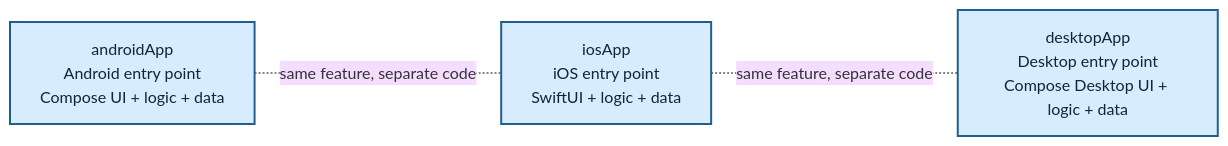
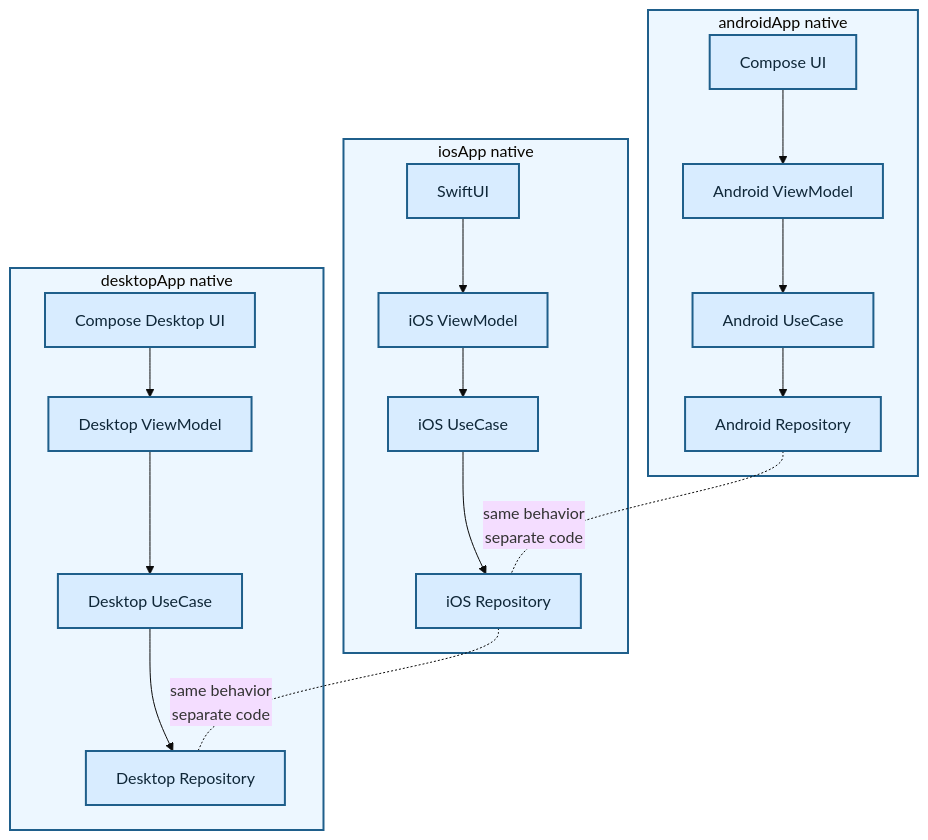
One commit to TheSetox/kmp-sample-diagrams changed the diagram in diagrams/01-normal-native.md. Above: the diagram before and after it, drawn with Mermaid (base theme). The commit also changed 18 other files, not shown here.

Commit message:
docs: clarify kmp and native diagram boundaries

````diff
--- a/diagrams/01-normal-native.md
+++ b/diagrams/01-normal-native.md
@@ -5,12 +5,35 @@
 ```mermaid
-flowchart LR
-  Android["androidApp\nAndroid entry point\nCompose UI + logic + data"]
-  IOS["iosApp\niOS entry point\nSwiftUI + logic + data"]
-  Desktop["desktopApp\nDesktop entry point\nCompose Desktop UI + logic + data"]
+flowchart TB
+  subgraph Android["androidApp native"]
+    AUI["Compose UI"]
+    AVM["Android ViewModel"]
+    AUseCase["Android UseCase"]
+    ARepository["Android Repository"]
+    AUI --> AVM --> AUseCase --> ARepository
+  end
 
-  Android -. "same feature, separate code" .- IOS
-  IOS -. "same feature, separate code" .- Desktop
+  subgraph IOS["iosApp native"]
+    IUI["SwiftUI"]
+    IVM["iOS ViewModel"]
+    IUseCase["iOS UseCase"]
+    IRepository["iOS Repository"]
+    IUI --> IVM --> IUseCase --> IRepository
+  end
+
+  subgraph Desktop["desktopApp native"]
+    DUI["Compose Desktop UI"]
+    DVM["Desktop ViewModel"]
+    DUseCase["Desktop UseCase"]
+    DRepository["Desktop Repository"]
+    DUI --> DVM --> DUseCase --> DRepository
+  end
+
+  ARepository -. "same behavior\nseparate code" .- IRepository
+  IRepository -. "same behavior\nseparate code" .- DRepository
 
   classDef app fill:#d8ecff,stroke:#1f5f8b,color:#0f2738,stroke-width:2px;
-  class Android,IOS,Desktop app;
+  class AUI,AVM,AUseCase,ARepository,IUI,IVM,IUseCase,IRepository,DUI,DVM,DUseCase,DRepository app;
+  style Android fill:#edf7ff,stroke:#1f5f8b,stroke-width:2px
+  style IOS fill:#edf7ff,stroke:#1f5f8b,stroke-width:2px
+  style Desktop fill:#edf7ff,stroke:#1f5f8b,stroke-width:2px
 ```
````
